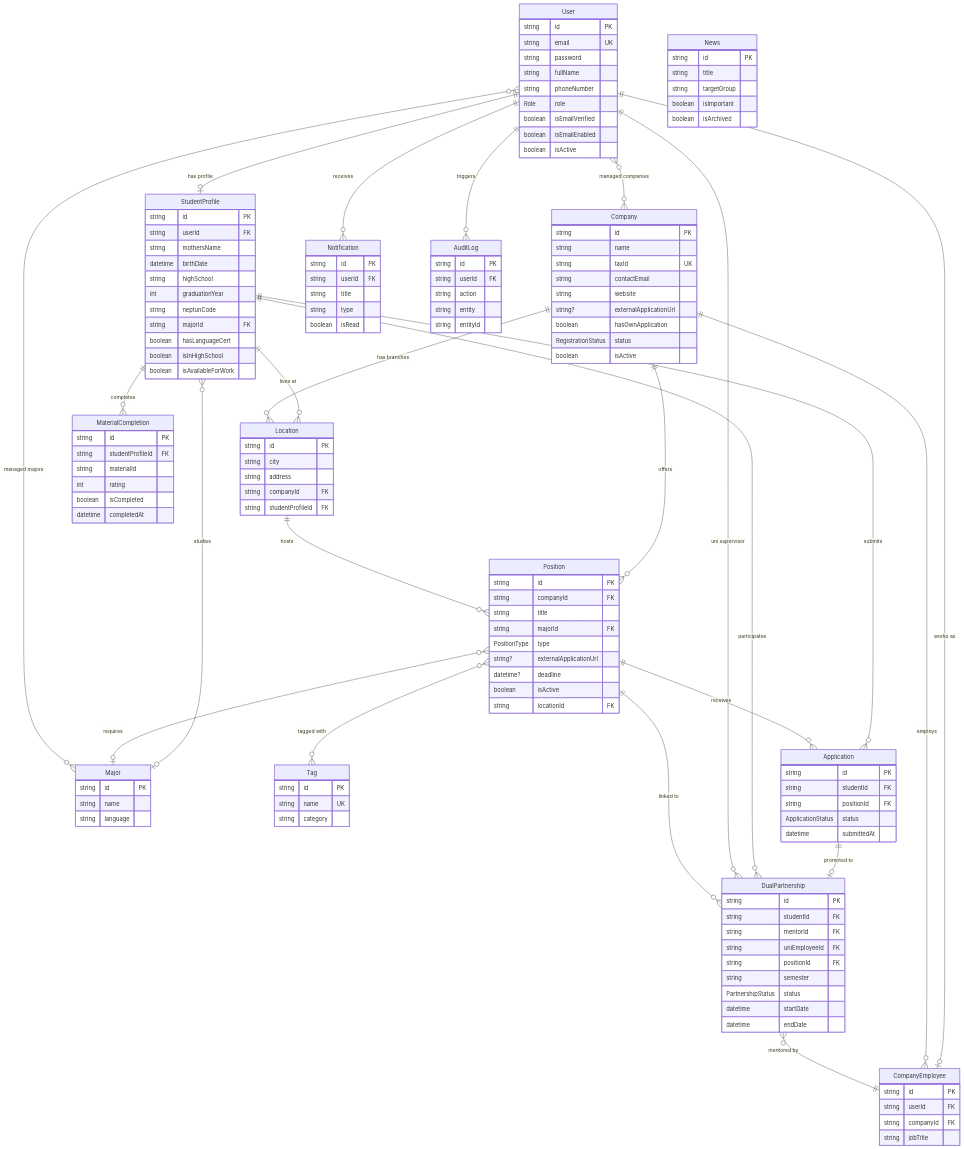
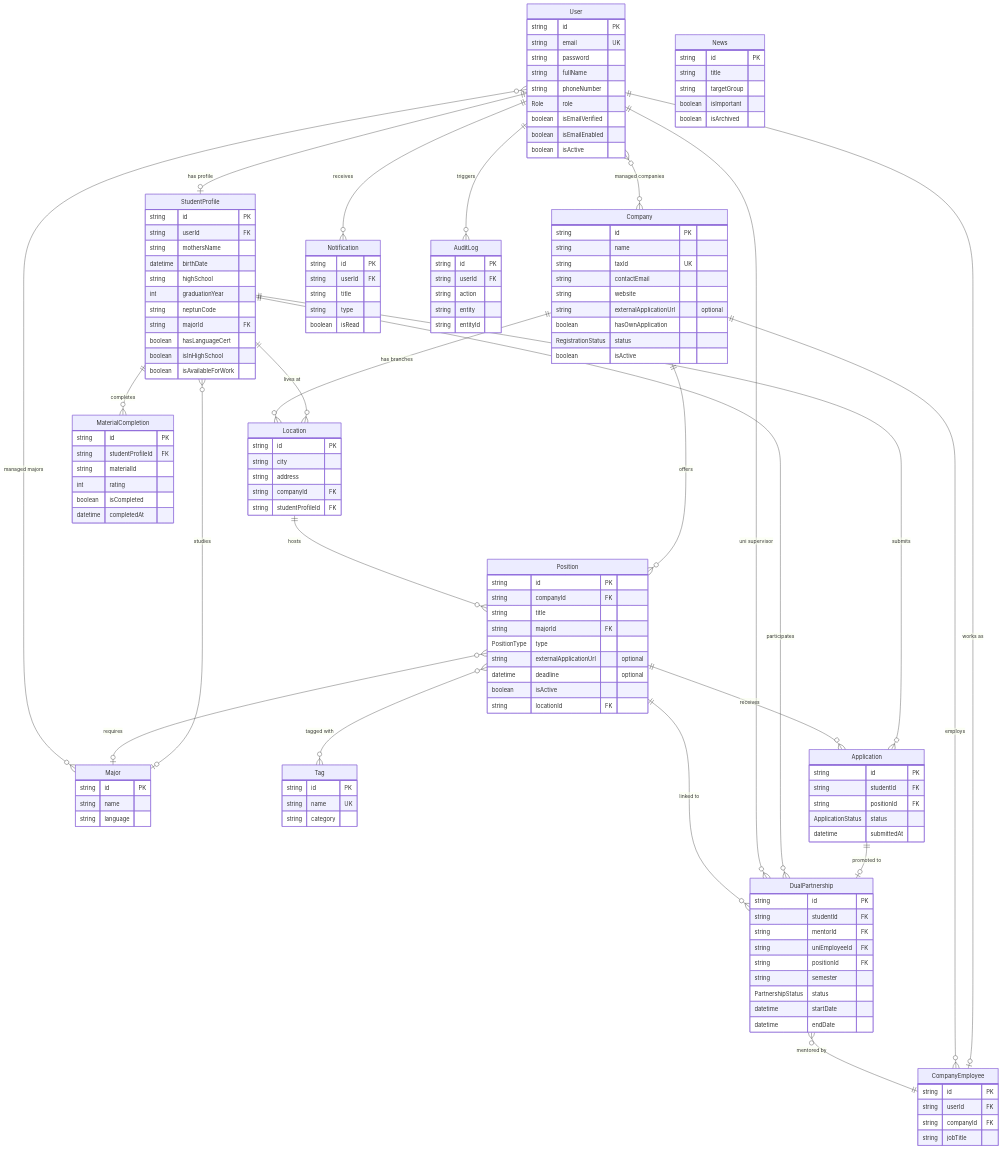
Before and after one commit to myloo23/dual-kepzes-frontend: the first of 10 diagrams in backendreadme.md, drawn with Mermaid. The commit also changed 19 other files, not shown here.

```diff
--- a/backendreadme.md
+++ b/backendreadme.md
@@ -198,7 +198,7 @@
         string taxId UK
         string contactEmail
         string website
-        string? externalApplicationUrl
+        string externalApplicationUrl "optional"
         boolean hasOwnApplication
         RegistrationStatus status
         boolean isActive
@@ -222,8 +222,8 @@
         string title
         string majorId FK
         PositionType type
-        string? externalApplicationUrl
-        datetime? deadline
+        string externalApplicationUrl "optional"
+        datetime deadline "optional"
         boolean isActive
         string locationId FK
     }
```
